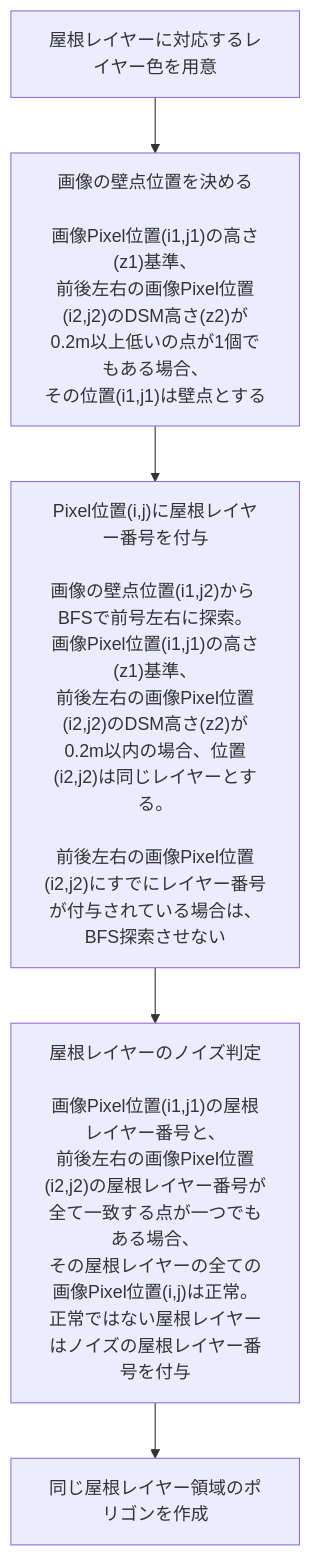
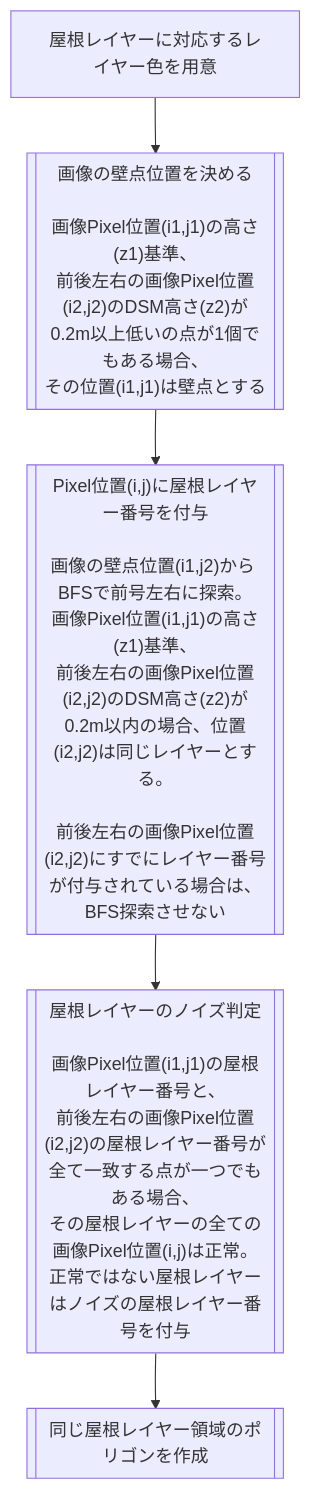
Before and after one commit to realglobe-Inc/bldg-lod2-tool-texture: the diagram in docs/tutorials/tools/bldg-lod2-tool/non-flat-model/roof-layer-info/README.md, drawn with Mermaid. The commit also changed other lines of this file and 21 other files, not shown here.

````diff
--- a/docs/tutorials/tools/bldg-lod2-tool/non-flat-model/roof-layer-info/README.md
+++ b/docs/tutorials/tools/bldg-lod2-tool/non-flat-model/roof-layer-info/README.md
@@ -3,14 +11,14 @@
 ```mermaid
 
 flowchart TB
   node_1["屋根レイヤーに対応するレイヤー色を用意"]
-  node_2["画像の壁点位置を決める<br /><br />画像Pixel位置(i1,j1)の高さ(z1)基準、<br />前後左右の画像Pixel位置(i2,j2)のDSM高さ(z2)が<br />0.2m以上低いの点が1個でもある場合、<br />その位置(i1,j1)は壁点とする"]
-  node_3["Pixel位置(i,j)に屋根レイヤー番号を付与<br /><br />画像の壁点位置(i1,j2)から BFSで前号左右に探索。<br />画像Pixel位置(i1,j1)の高さ(z1)基準、<br />前後左右の画像Pixel位置(i2,j2)のDSM高さ(z2)が<br />0.2m以内の場合、位置(i2,j2)は同じレイヤーとする。<br /><br />前後左右の画像Pixel位置(i2,j2)にすでにレイヤー番号が付与されている場合は、BFS探索させない"]
-  node_4["屋根レイヤーのノイズ判定<br /><br />画像Pixel位置(i1,j1)の屋根レイヤー番号と、<br />前後左右の画像Pixel位置(i2,j2)の屋根レイヤー番号が全て一致する点が一つでもある場合、<br />その屋根レイヤーの全ての画像Pixel位置(i,j)は正常。<br />正常ではない屋根レイヤーはノイズの屋根レイヤー番号を付与"]
-  node_5["同じ屋根レイヤー領域のポリゴンを作成"]
+  node_2[["画像の壁点位置を決める<br /><br />画像Pixel位置(i1,j1)の高さ(z1)基準、<br />前後左右の画像Pixel位置(i2,j2)のDSM高さ(z2)が<br />0.2m以上低いの点が1個でもある場合、<br />その位置(i1,j1)は壁点とする"]]
+  node_3[["Pixel位置(i,j)に屋根レイヤー番号を付与<br /><br />画像の壁点位置(i1,j2)から BFSで前号左右に探索。<br />画像Pixel位置(i1,j1)の高さ(z1)基準、<br />前後左右の画像Pixel位置(i2,j2)のDSM高さ(z2)が<br />0.2m以内の場合、位置(i2,j2)は同じレイヤーとする。<br /><br />前後左右の画像Pixel位置(i2,j2)にすでにレイヤー番号が付与されている場合は、BFS探索させない"]]
+  node_4[["屋根レイヤーのノイズ判定<br /><br />画像Pixel位置(i1,j1)の屋根レイヤー番号と、<br />前後左右の画像Pixel位置(i2,j2)の屋根レイヤー番号が全て一致する点が一つでもある場合、<br />その屋根レイヤーの全ての画像Pixel位置(i,j)は正常。<br />正常ではない屋根レイヤーはノイズの屋根レイヤー番号を付与"]]
+  node_5[["同じ屋根レイヤー領域のポリゴンを作成"]]
 
   node_1 --> node_2
   node_2 --> node_3
   node_3 --> node_4
   node_4 --> node_5
 ```
````
